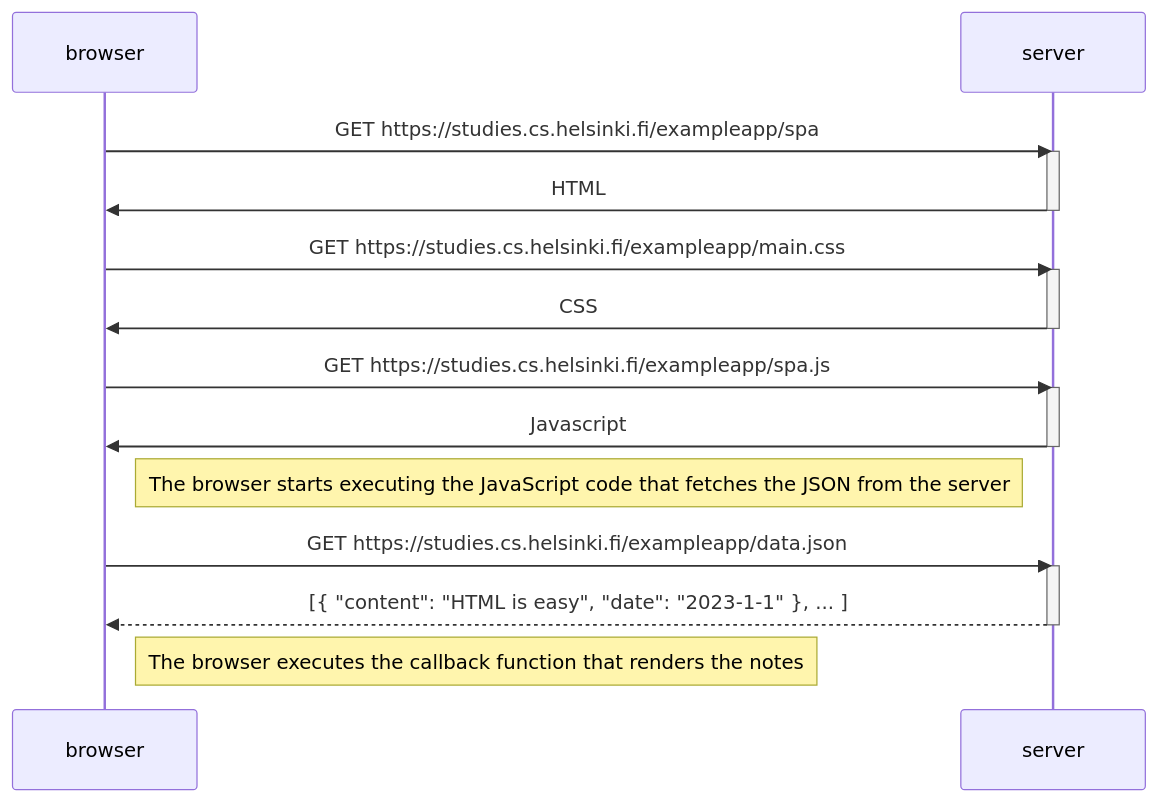
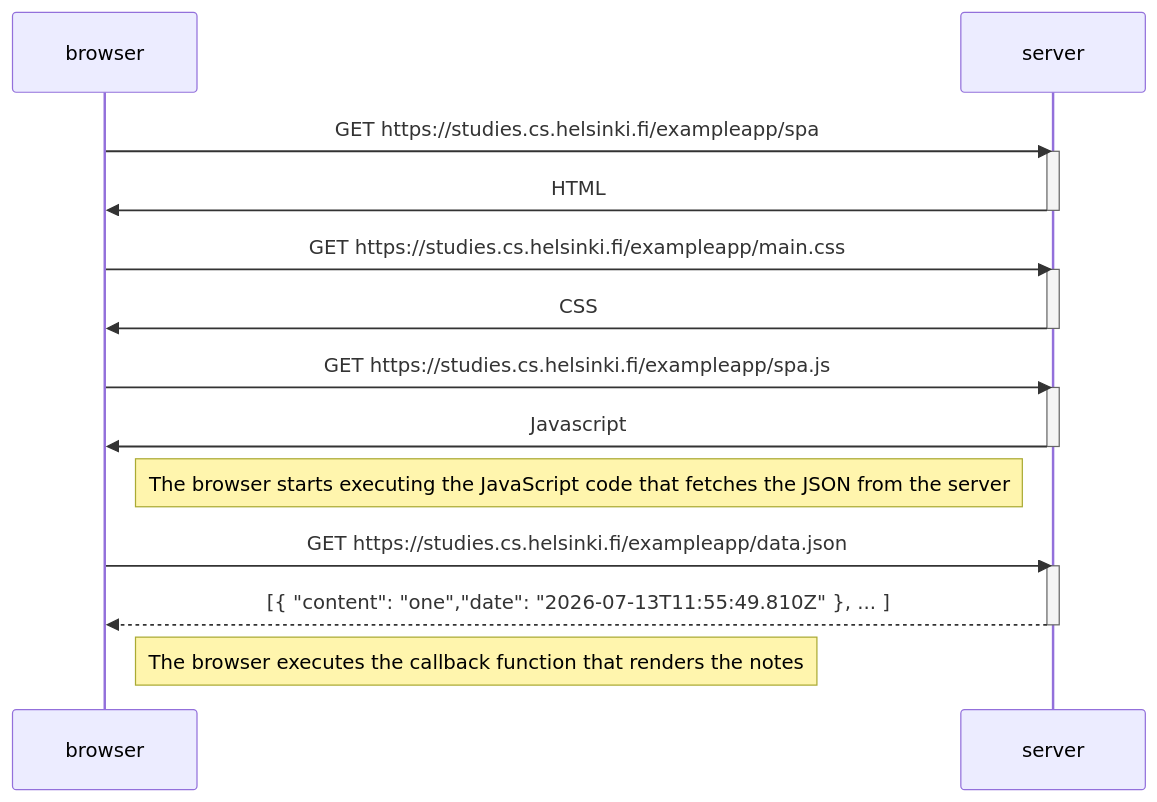
Before and after one commit to Quazsi/FullStackOpen: the diagram in part0/0.5.md, drawn with Mermaid.

````diff
--- a/part0/0.5.md
+++ b/part0/0.5.md
@@ -1,38 +1,38 @@
 ```mermaid
 sequenceDiagram
     participant browser
     participant server
  browser->>server: GET https://studies.cs.helsinki.fi/exampleapp/spa
 
 
  activate server
     server->>browser: HTML
 deactivate server
 
 browser->>server: GET https://studies.cs.helsinki.fi/exampleapp/main.css
 
  activate server
     server->>browser: CSS
 deactivate server
 
 browser->>server: GET https://studies.cs.helsinki.fi/exampleapp/spa.js
 
  activate server
     server->>browser: Javascript
 deactivate server
 
 Note right of browser: The browser starts executing the JavaScript code that fetches the JSON from the server
 
 browser->>server: GET https://studies.cs.helsinki.fi/exampleapp/data.json
 
 
 
  activate server
-    server-->>browser: [{ "content": "HTML is easy", "date": "2023-1-1" }, ... ]
+    server-->>browser: [{  "content": "one","date": "2026-07-13T11:55:49.810Z" }, ... ]
     deactivate server
 
     Note right of browser: The browser executes the callback function that renders the notes
 
 
 
 ```
````
